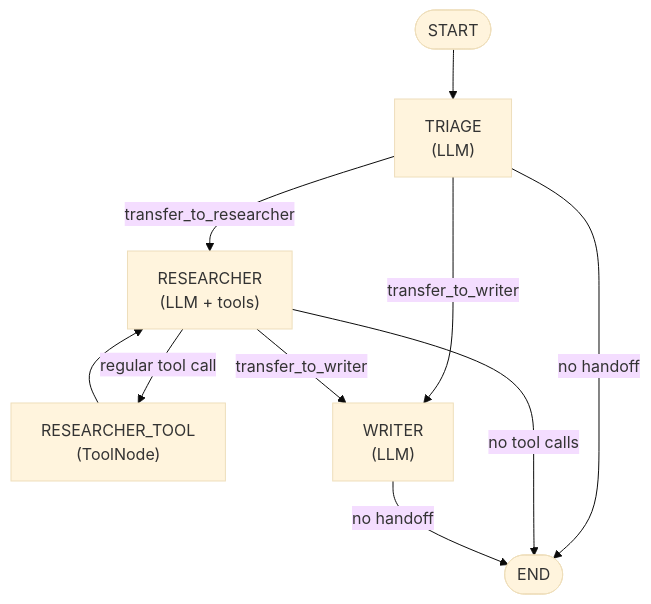
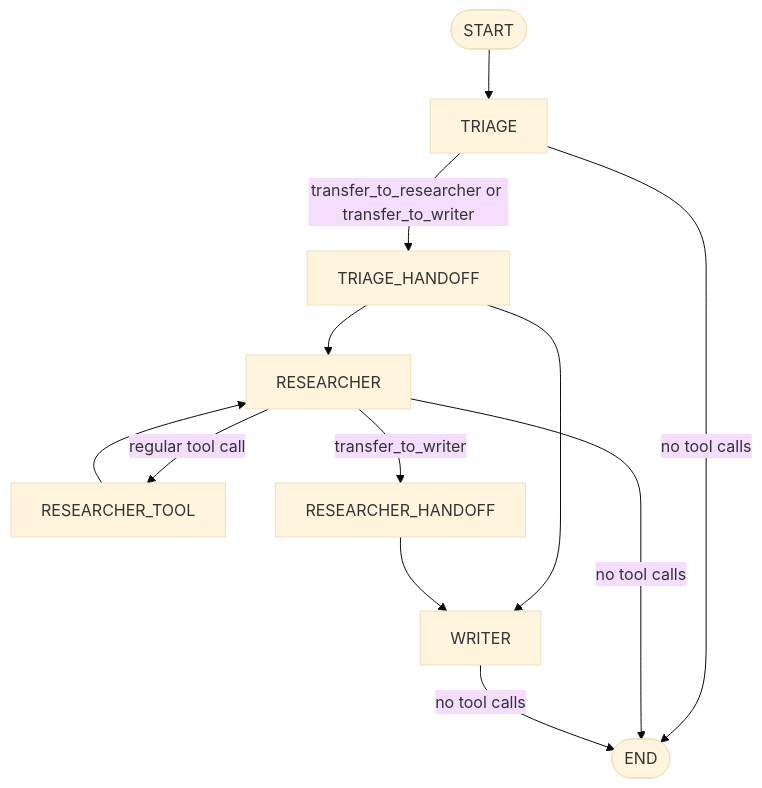
One commit to 10xGraph/10xgraph-docs changed the diagram in src/content/docs/guides/prebuilt/swarm-agent.md. Above: the diagram before and after it, drawn with Mermaid (base theme). The commit also changed other lines of this file and 64 other files, not shown here.

````diff
--- a/src/content/docs/guides/prebuilt/swarm-agent.md
+++ b/src/content/docs/guides/prebuilt/swarm-agent.md
@@ -39,21 +24,14 @@
 ```mermaid
 flowchart TD
     START([START]) --> TRIAGE
-
-    TRIAGE["TRIAGE\n(LLM)"]
-    RESEARCHER["RESEARCHER\n(LLM + tools)"]
-    RESEARCHER_TOOL["RESEARCHER_TOOL\n(ToolNode)"]
-    WRITER["WRITER\n(LLM)"]
-    END_NODE([END])
-
-    TRIAGE -- "transfer_to_researcher" --> RESEARCHER
-    TRIAGE -- "transfer_to_writer" --> WRITER
-    TRIAGE -- "no handoff" --> END_NODE
-
-    RESEARCHER -- "transfer_to_writer" --> WRITER
+    TRIAGE -- "transfer_to_researcher or transfer_to_writer" --> TRIAGE_HANDOFF
+    TRIAGE_HANDOFF --> RESEARCHER
+    TRIAGE_HANDOFF --> WRITER
+    TRIAGE -- "no tool calls" --> END_NODE([END])
     RESEARCHER -- "regular tool call" --> RESEARCHER_TOOL
+    RESEARCHER_TOOL --> RESEARCHER
+    RESEARCHER -- "transfer_to_writer" --> RESEARCHER_HANDOFF
+    RESEARCHER_HANDOFF --> WRITER
     RESEARCHER -- "no tool calls" --> END_NODE
-    RESEARCHER_TOOL --> RESEARCHER
-
-    WRITER -- "no handoff" --> END_NODE
+    WRITER -- "no tool calls" --> END_NODE
 ```
````
